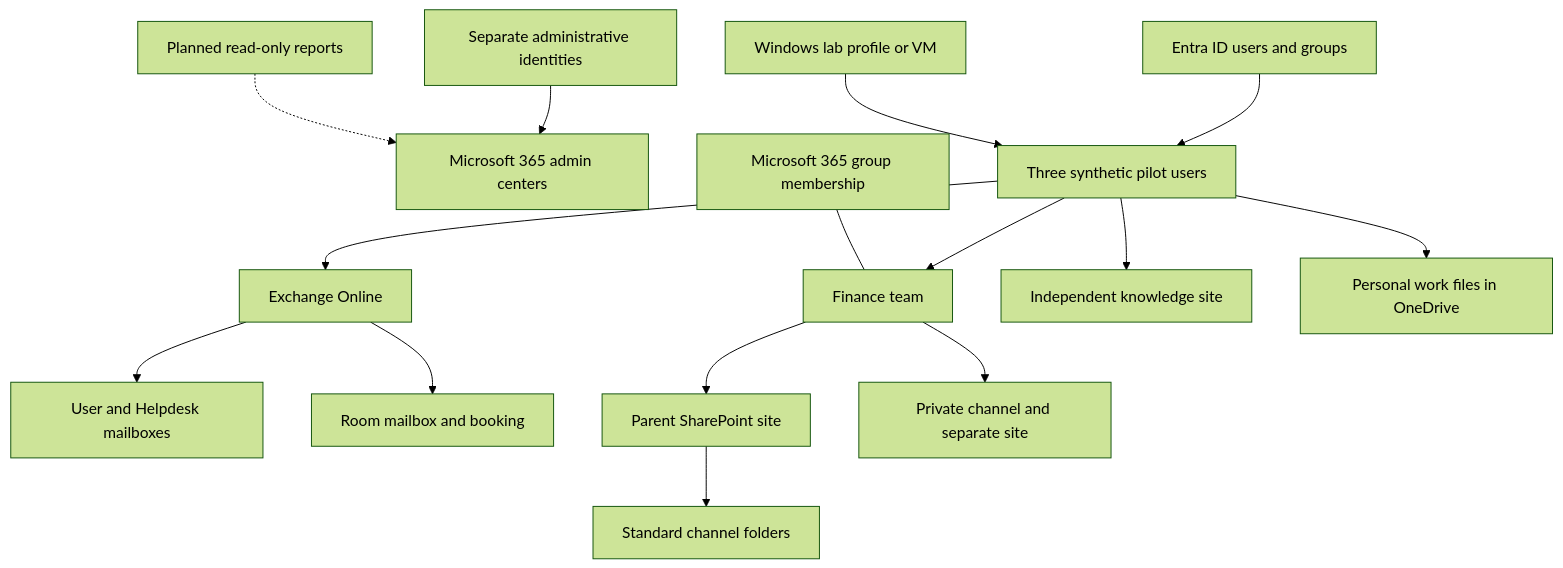
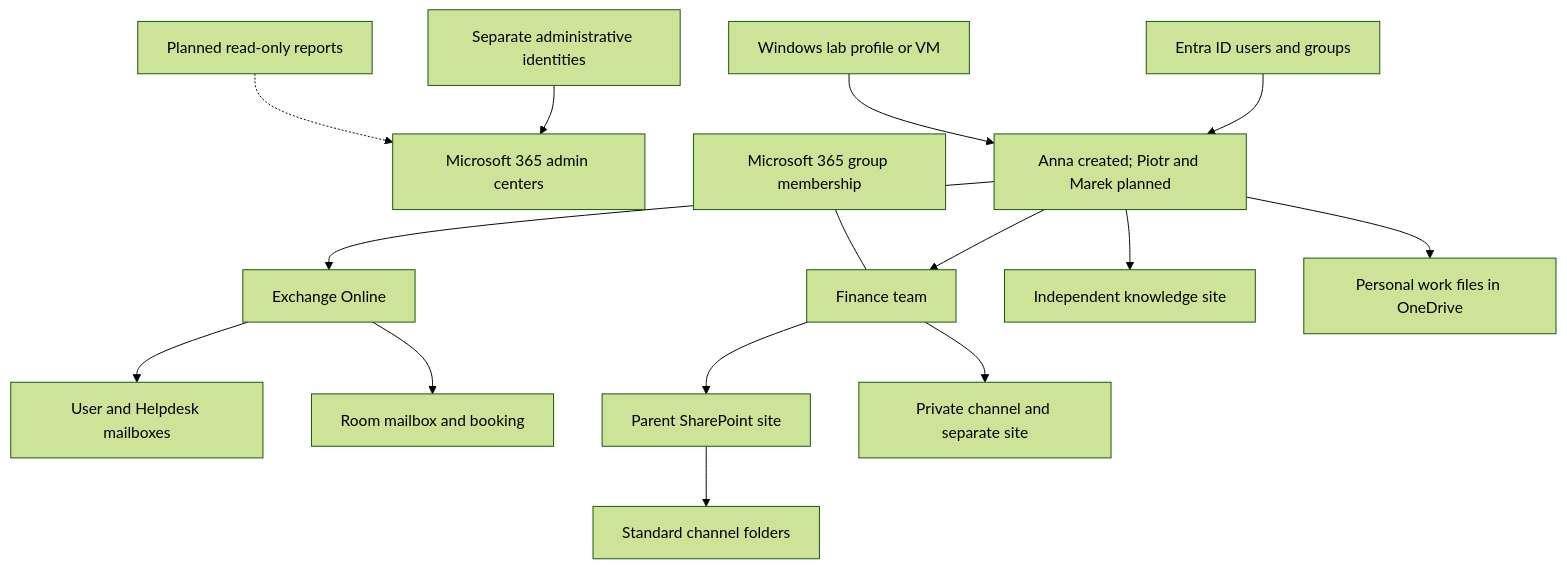
One commit to krzysztof-szot/m365-administration-support-project changed the diagram in docs/architecture.md. Above: the diagram before and after it, drawn with Mermaid (forest theme). The commit also changed other lines of this file and 22 other files, not shown here.

````diff
--- a/docs/architecture.md
+++ b/docs/architecture.md
@@ -5,17 +5,17 @@
 ```mermaid
 flowchart TB
     Admin[Separate administrative identities] --> Portal[Microsoft 365 admin centers]
-    Entra[Entra ID users and groups] --> Users[Three synthetic pilot users]
+    Entra[Entra ID users and groups] --> Users[Anna created; Piotr and Marek planned]
     Users --> Exchange[Exchange Online]
     Exchange --> Mail[User and Helpdesk mailboxes]
     Exchange --> Room[Room mailbox and booking]
     Users --> Team[Finance team]
     Group[Microsoft 365 group membership] --- Team
     Team --> Parent[Parent SharePoint site]
     Parent --> Standard[Standard channel folders]
     Team --> Private[Private channel and separate site]
     Users --> Knowledge[Independent knowledge site]
     Users --> OneDrive[Personal work files in OneDrive]
     Client[Windows lab profile or VM] --> Users
     Reports[Planned read-only reports] -.-> Portal
 ```
````
